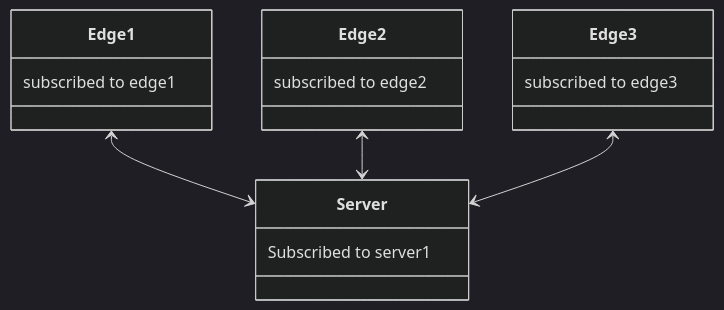
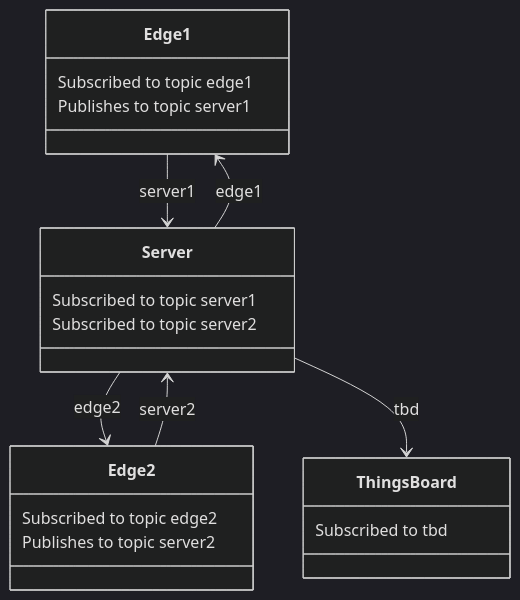
The second of 2 diagrams in README.md (jag3rm3ist3r/GroupAssignment), drawn with Mermaid (dark theme) before and after one commit.

Commit message:
Added diagram to README.md

````diff
--- a/README.md
+++ b/README.md
@@ -52,17 +52,26 @@
 ```mermaid
 classDiagram
 class Edge1
 class Edge2
-class Edge3
 class Server
+class ThingsBoard
 
-Edge1 <--> Server
-Edge2 <--> Server
-Edge3 <--> Server
+Edge1 --> Server : server1
+Edge2 --> Server : server2
 
-Edge1 : subscribed to edge1
-Edge2 : subscribed to edge2
-Edge3 : subscribed to edge3
+Server --> Edge1 : edge1
+Server --> Edge2 : edge2
 
-Server : Subscribed to server1
+Edge1 : Subscribed to topic edge1
+Edge2 : Subscribed to topic edge2
+
+Server : Subscribed to topic server1
+Server : Subscribed to topic server2
+
+Edge1 : Publishes to topic server1
+Edge2 : Publishes to topic server2
+
+Server --> ThingsBoard : tbd
+
+ThingsBoard : Subscribed to tbd
 ```
````
